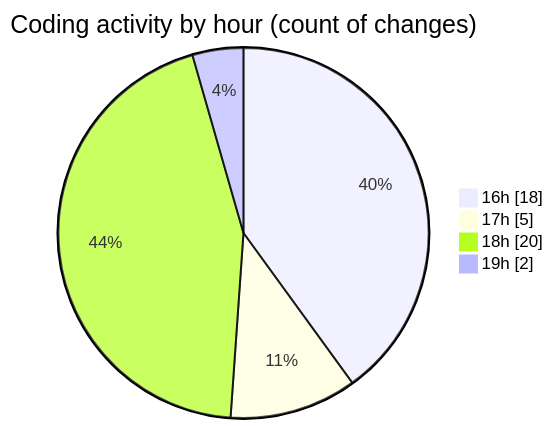
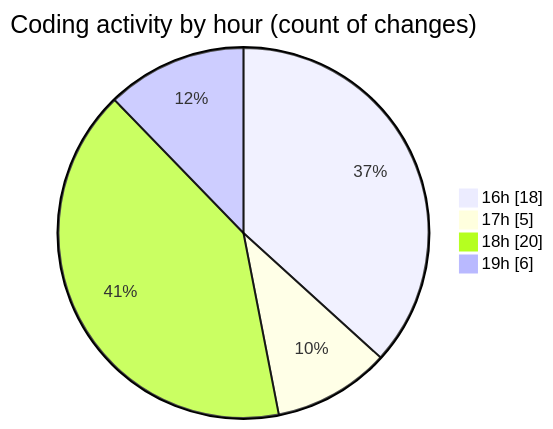
Before and after one commit to donsfak/code-tracking: the second of 2 diagrams in 2025-02-27/uber_clone/README.md, drawn with Mermaid. The commit also changed other lines of this file and 1 other file, not shown here.

````diff
--- a/2025-02-27/uber_clone/README.md
+++ b/2025-02-27/uber_clone/README.md
@@ -29,8 +29,8 @@
 ```mermaid
 pie showData
 title Coding activity by hour (count of changes)
 "16h" : 18
 "17h" : 5
 "18h" : 20
-"19h" : 2
+"19h" : 6
 ```
````
